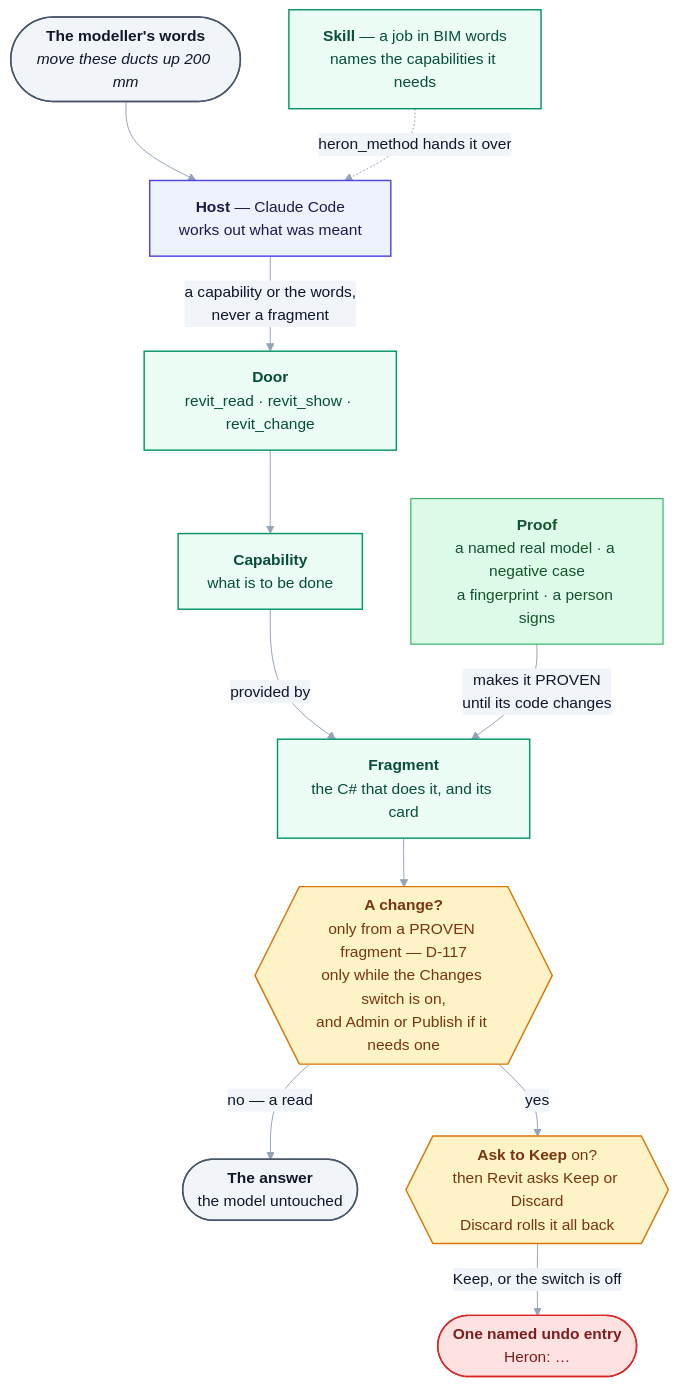
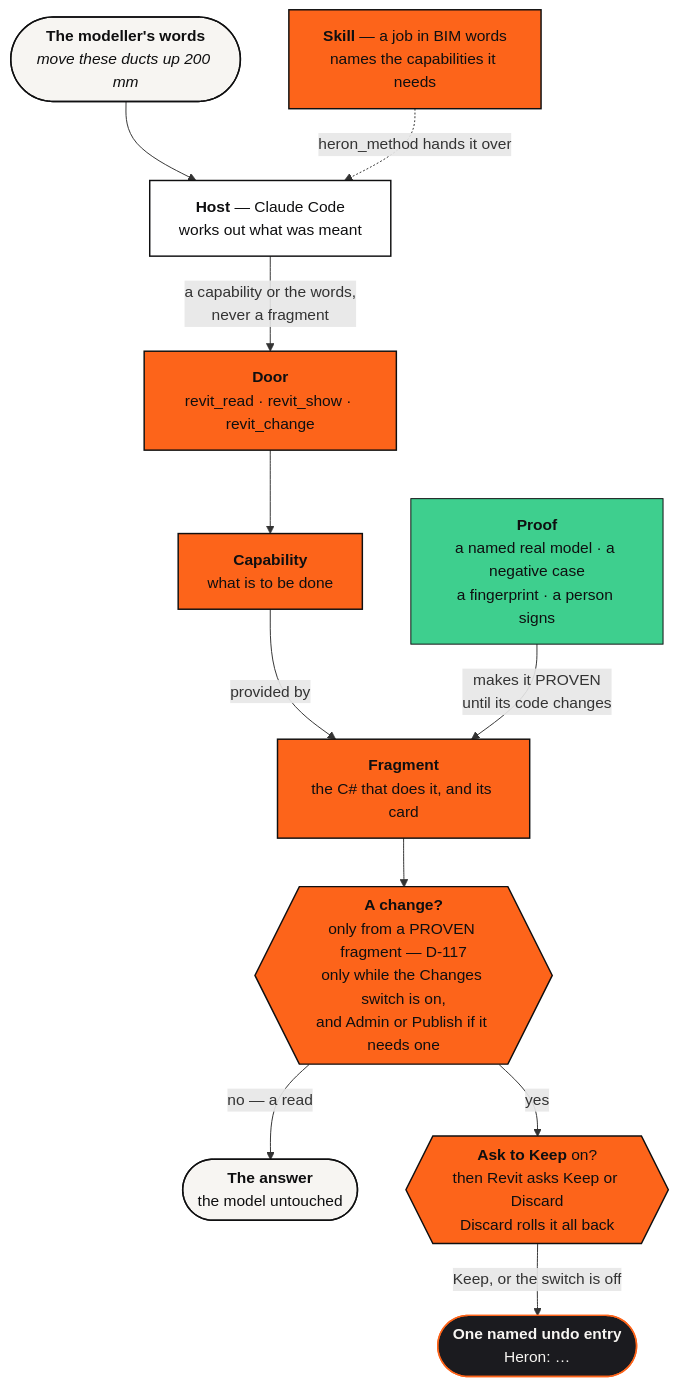
The diagram in docs/15-glossary.md (Ajmalpshaik/Heron-AI), drawn with Mermaid before and after one commit. The commit also changed 44 other files, not shown here.

First line of the commit message:
Diagrams in the other docs move to the brand palette (D-149, #1116)

````diff
--- a/docs/15-glossary.md
+++ b/docs/15-glossary.md
@@ -9,39 +9,38 @@
 ```mermaid
-%%{init: {"themeVariables": {"edgeLabelBackground":"#F1F5F9","lineColor":"#94A3B8","textColor":"#0F172A","tertiaryTextColor":"#0F172A"}}}%%
 flowchart TD
     W(["<b>The modeller's words</b><br/><i>move these ducts up 200 mm</i>"])
     H["<b>Host</b> — Claude Code<br/>works out what was meant"]
     SK["<b>Skill</b> — a job in BIM words<br/>names the capabilities it needs"]
     D["<b>Door</b><br/>revit_read · revit_show · revit_change"]
     C["<b>Capability</b><br/>what is to be done"]
     F["<b>Fragment</b><br/>the C# that does it, and its card"]
     PR["<b>Proof</b><br/>a named real model · a negative case<br/>a fingerprint · a person signs"]
     SW{{"<b>A change?</b><br/>only from a PROVEN fragment — D-117<br/>only while the Changes switch is on,<br/>and Admin or Publish if it needs one"}}
     A(["<b>The answer</b><br/>the model untouched"])
     K{{"<b>Ask to Keep</b> on?<br/>then Revit asks Keep or Discard<br/>Discard rolls it all back"}}
     U(["<b>One named undo entry</b><br/>Heron: …"])
 
     W --> H
     SK -.->|"heron_method hands it over"| H
     H -->|"a capability or the words,<br/>never a fragment"| D
     D --> C
     C -->|"provided by"| F
     PR -->|"makes it PROVEN<br/>until its code changes"| F
     F --> SW
     SW -->|"no — a read"| A
     SW -->|"yes"| K
     K -->|"Keep, or the switch is off"| U
 
-    classDef user fill:#F1F5F9,stroke:#475569,stroke-width:1.5px,color:#0F172A
-    classDef host fill:#EEF2FF,stroke:#4F46E5,stroke-width:1.5px,color:#1E1B4B
-    classDef brain fill:#ECFDF5,stroke:#059669,stroke-width:1.5px,color:#064E3B
-    classDef addin fill:#FEF3C7,stroke:#D97706,stroke-width:1.5px,color:#78350F
-    classDef revit fill:#FEE2E2,stroke:#DC2626,stroke-width:1.5px,color:#7F1D1D
-    classDef proven fill:#DCFCE7,stroke:#16A34A,color:#14532D
+    classDef user fill:#F7F5F2,stroke:#0F0F10,stroke-width:1.5px,color:#0F0F10
+    classDef host fill:#FFFFFF,stroke:#0F0F10,stroke-width:1.5px,color:#0F0F10
+    classDef brain fill:#FD641A,stroke:#0F0F10,stroke-width:1.5px,color:#0F0F10
+    classDef addin fill:#FD641A,stroke:#0F0F10,stroke-width:1.5px,color:#0F0F10
+    classDef revit fill:#1B1B1F,stroke:#FD641A,stroke-width:1.5px,color:#F7F5F2
+    classDef proven fill:#3ECF8E,stroke:#0F0F10,color:#0F0F10
     class W,A user
     class H host
     class SK,D,C,F brain
     class PR proven
     class SW,K addin
     class U revit
 ```
````
